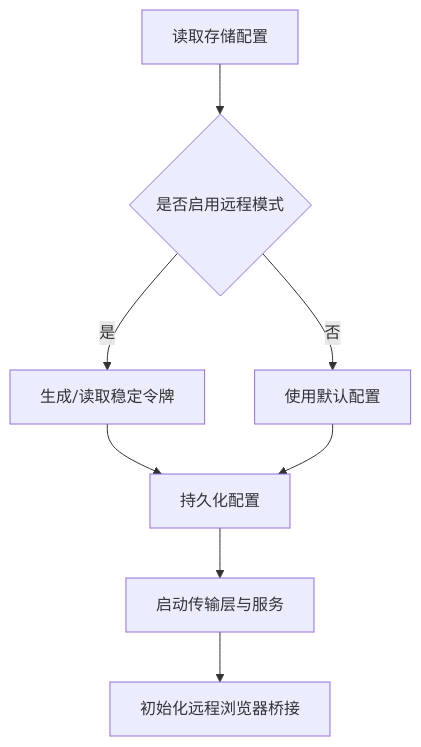
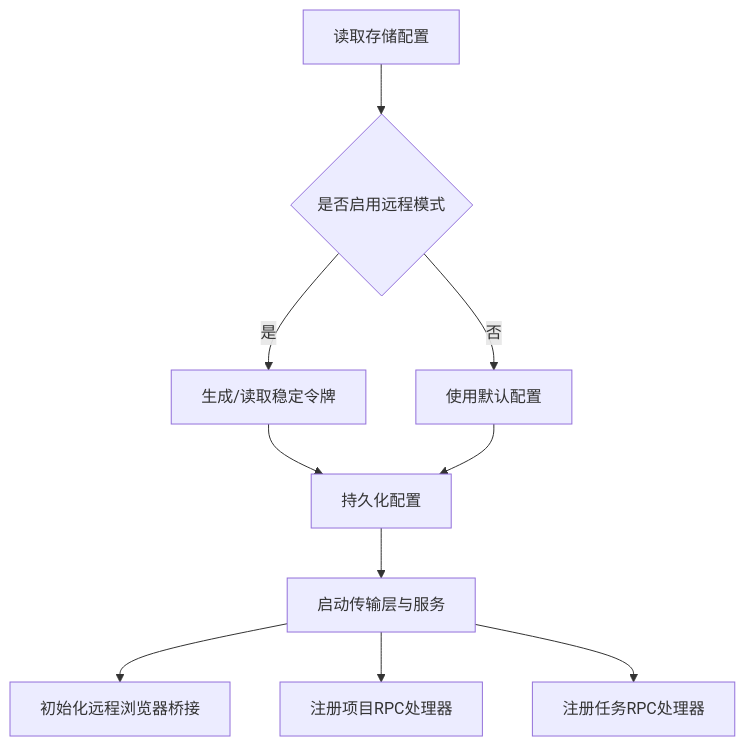
The eighth of 12 diagrams in .qoder/repowiki/zh/content/服务器架构/服务器核心/服务器核心.md (haolange/craft-agents-oss), drawn with Mermaid before and after one commit. The commit also changed other lines of this file and 8 other files, not shown here.

````diff
--- a/.qoder/repowiki/zh/content/服务器架构/服务器核心/服务器核心.md
+++ b/.qoder/repowiki/zh/content/服务器架构/服务器核心/服务器核心.md
@@ -369,10 +453,12 @@
 ```mermaid
 flowchart TD
 A["读取存储配置"] --> B{"是否启用远程模式"}
 B --> |是| C["生成/读取稳定令牌"]
 B --> |否| D["使用默认配置"]
 C --> E["持久化配置"]
 D --> E
 E --> F["启动传输层与服务"]
 F --> G["初始化远程浏览器桥接"]
+F --> H["注册项目RPC处理器"]
+F --> I["注册任务RPC处理器"]
 ```
````
